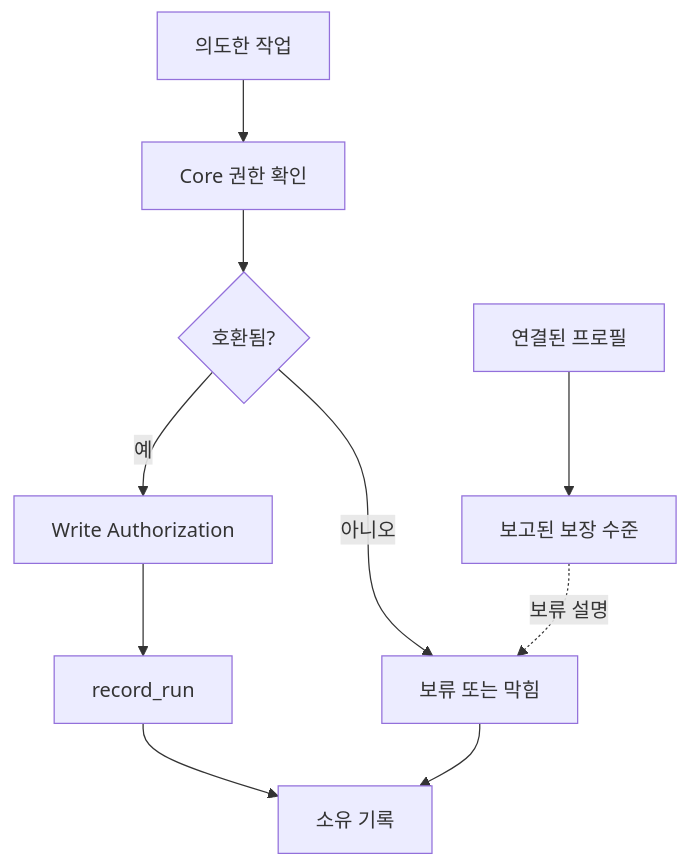
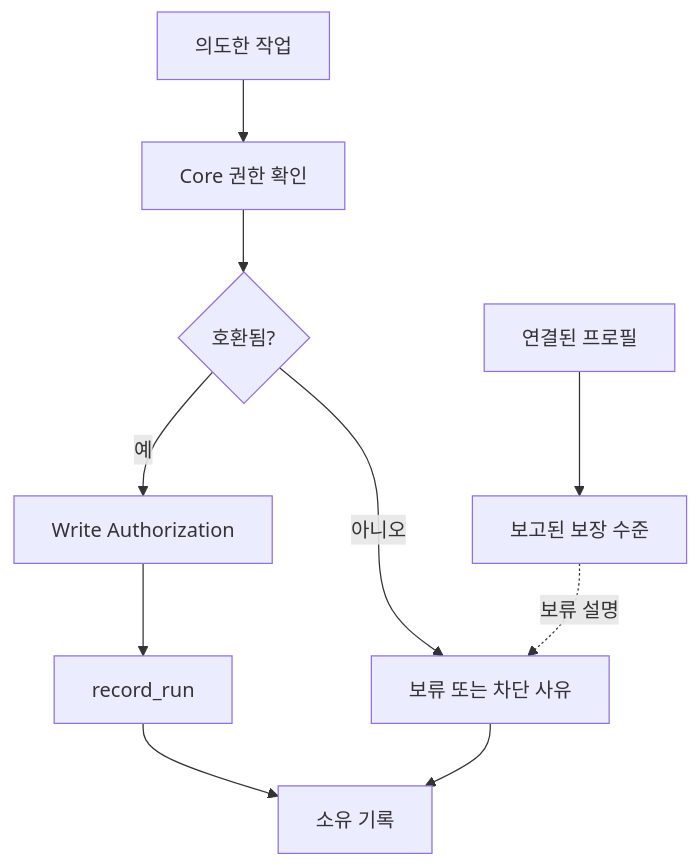
One commit to minjungw00/Harness_Project changed the second of 2 diagrams in docs/ko/reference/runtime-architecture.md. Above: the diagram before and after it, drawn with Mermaid. The commit also changed other lines of this file and 67 other files, not shown here.

````diff
--- a/docs/ko/reference/runtime-architecture.md
+++ b/docs/ko/reference/runtime-architecture.md
@@ -327,12 +327,12 @@
 ```mermaid
 flowchart TB
   Operation["의도한 작업"] --> Core["Core 권한 확인"]
   Profile["연결된 프로필"] --> Level["보고된 보장 수준"]
   Core --> Decision{"호환됨?"}
   Decision -->|예| Authorization["Write Authorization"]
   Authorization --> Run["record_run"]
   Run --> Records["소유 기록"]
-  Decision -->|아니오| Blocker["보류 또는 막힘"]
+  Decision -->|아니오| Blocker["보류 또는 차단 사유"]
   Level -. 보류 설명 .-> Blocker
   Blocker --> Records
 ```
````
